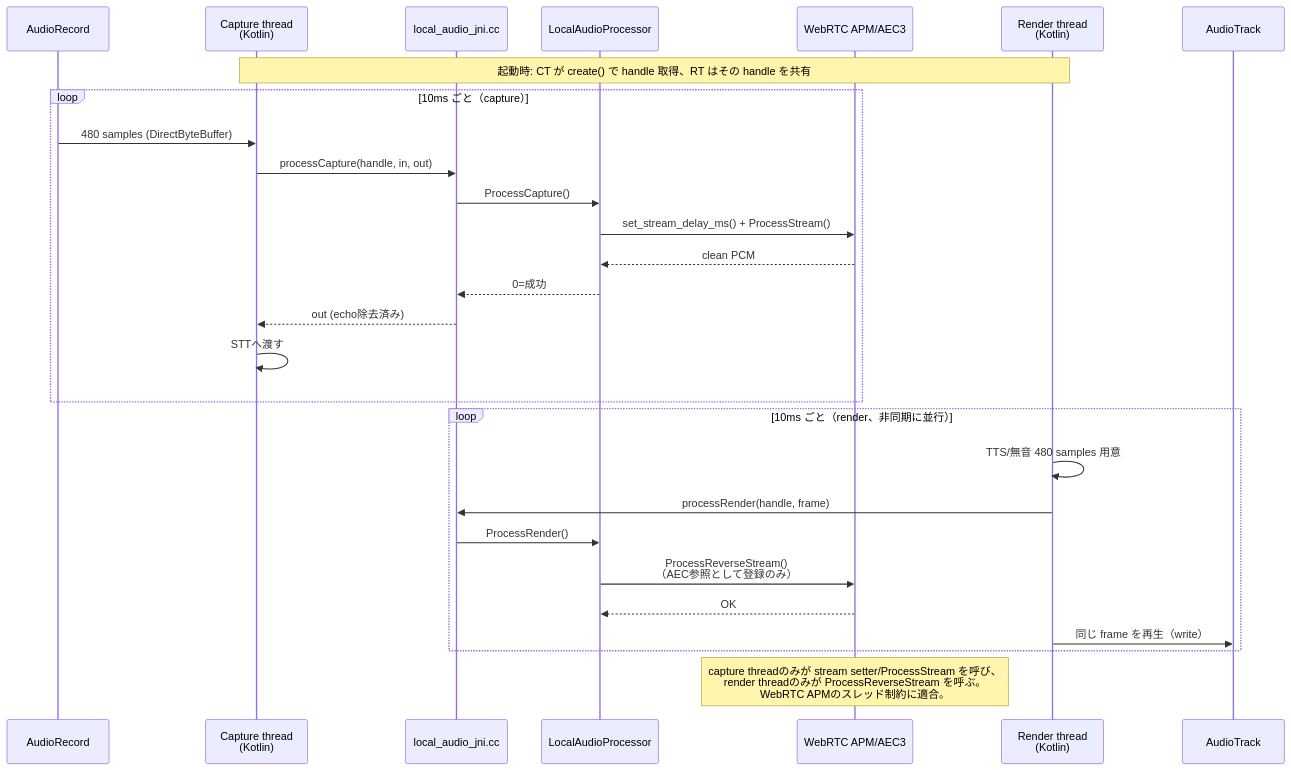
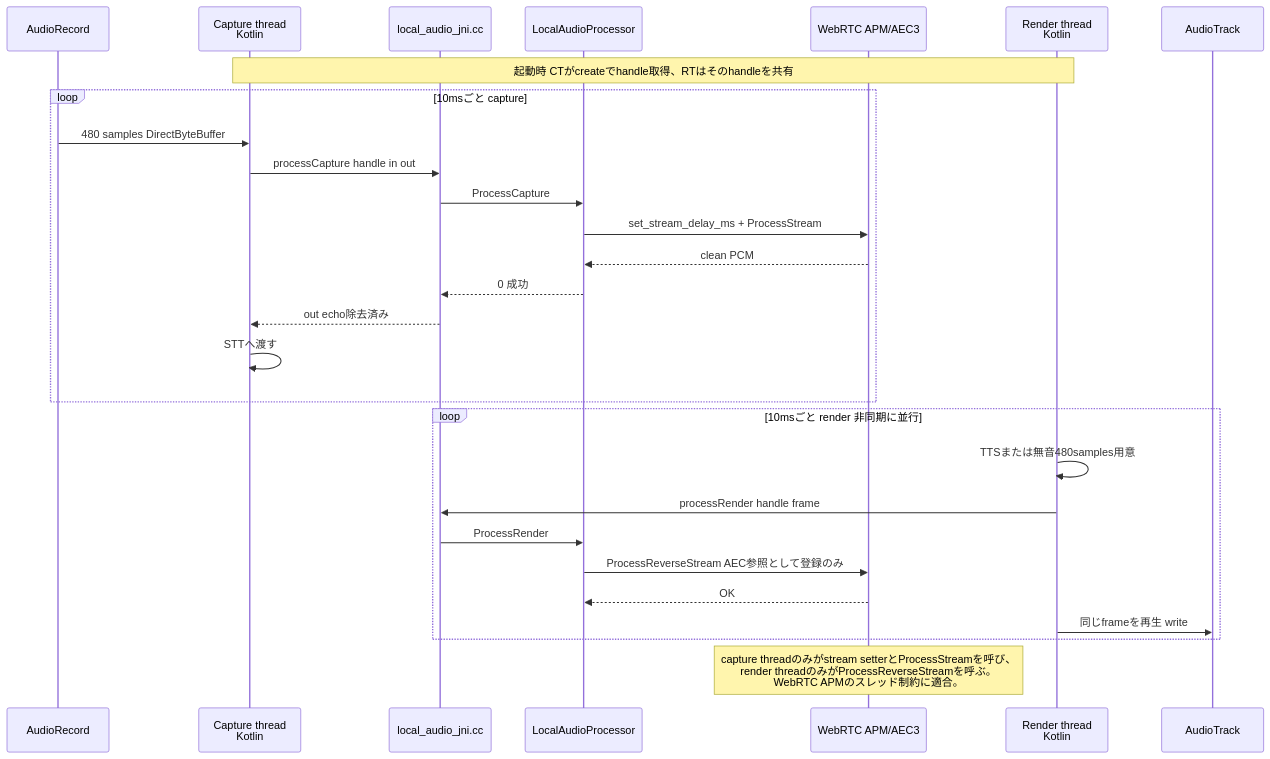
The fourth of 5 diagrams in local_audio/ARCHITECTURE.md (aRaikoFunakami/libwebrtc), drawn with Mermaid before and after one commit. The commit also changed other lines of this file, not shown here.

First line of the commit message:
Fix Mermaid syntax errors in ARCHITECTURE.md

````diff
--- a/local_audio/ARCHITECTURE.md
+++ b/local_audio/ARCHITECTURE.md
@@ -115,34 +115,34 @@
 ```mermaid
 sequenceDiagram
     participant Mic as AudioRecord
-    participant CT as Capture thread<br/>(Kotlin)
+    participant CT as Capture thread<br/>Kotlin
     participant JNI as local_audio_jni.cc
     participant LAP as LocalAudioProcessor
     participant APM as WebRTC APM/AEC3
-    participant RT as Render thread<br/>(Kotlin)
+    participant RT as Render thread<br/>Kotlin
     participant Spk as AudioTrack
 
-    Note over CT,RT: 起動時: CT が create() で handle 取得、RT はその handle を共有
+    Note over CT,RT: 起動時 CTがcreateでhandle取得、RTはそのhandleを共有
 
-    loop 10ms ごと（capture）
-        Mic->>CT: 480 samples (DirectByteBuffer)
-        CT->>JNI: processCapture(handle, in, out)
-        JNI->>LAP: ProcessCapture()
-        LAP->>APM: set_stream_delay_ms() + ProcessStream()
+    loop 10msごと capture
+        Mic->>CT: 480 samples DirectByteBuffer
+        CT->>JNI: processCapture handle in out
+        JNI->>LAP: ProcessCapture
+        LAP->>APM: set_stream_delay_ms + ProcessStream
         APM-->>LAP: clean PCM
-        LAP-->>JNI: 0=成功
-        JNI-->>CT: out (echo除去済み)
+        LAP-->>JNI: 0 成功
+        JNI-->>CT: out echo除去済み
         CT->>CT: STTへ渡す
     end
 
-    loop 10ms ごと（render、非同期に並行）
-        RT->>RT: TTS/無音 480 samples 用意
-        RT->>JNI: processRender(handle, frame)
-        JNI->>LAP: ProcessRender()
-        LAP->>APM: ProcessReverseStream()<br/>（AEC参照として登録のみ）
+    loop 10msごと render 非同期に並行
+        RT->>RT: TTSまたは無音480samples用意
+        RT->>JNI: processRender handle frame
+        JNI->>LAP: ProcessRender
+        LAP->>APM: ProcessReverseStream AEC参照として登録のみ
         APM-->>LAP: OK
-        RT->>Spk: 同じ frame を再生（write）
+        RT->>Spk: 同じframeを再生 write
     end
 
-    Note over APM: capture threadのみが stream setter/ProcessStream を呼び、<br/>render threadのみが ProcessReverseStream を呼ぶ。<br/>WebRTC APMのスレッド制約に適合。
+    Note over APM: capture threadのみがstream setterとProcessStreamを呼び、<br/>render threadのみがProcessReverseStreamを呼ぶ。<br/>WebRTC APMのスレッド制約に適合。
 ```
````
